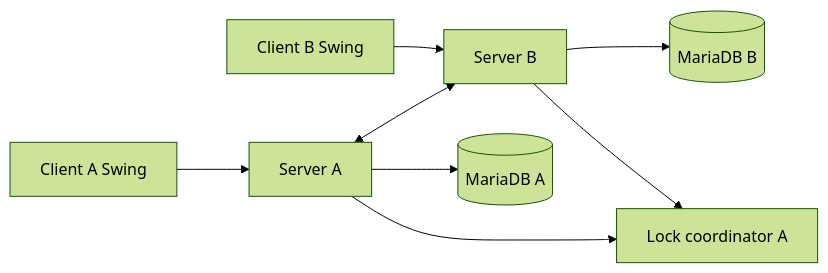
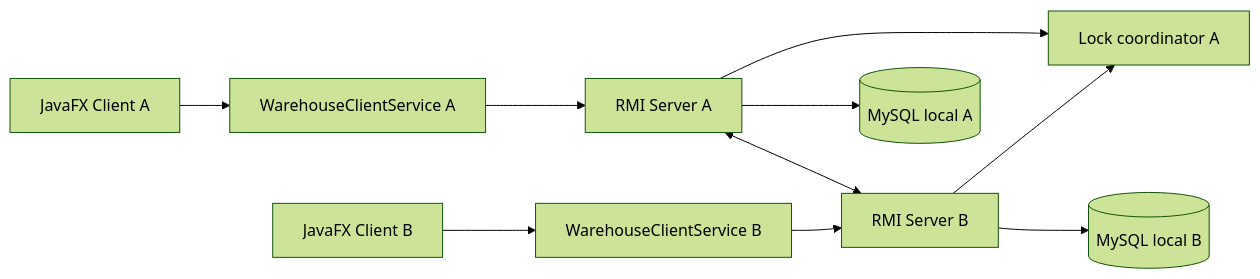
One commit to lequocdinhKt/5-lap-LTM changed the diagram in lap5/ARCHITECTURE.md. Above: the diagram before and after it, drawn with Mermaid (forest theme). The commit also changed other lines of this file and 156 other files, not shown here.

Commit message:
Chuẩn hóa Lab 5 và chuyển sang MySQL local

````diff
--- a/lap5/ARCHITECTURE.md
+++ b/lap5/ARCHITECTURE.md
@@ -5,10 +5,12 @@
 ```mermaid
 flowchart LR
-    C1[Client A Swing] --> A[Server A]
-    C2[Client B Swing] --> B[Server B]
-    A <--> B
-    A --> DA[(MariaDB A)]
-    B --> DB[(MariaDB B)]
-    B --> LA[Lock coordinator A]
-    A --> LA
+    CA[JavaFX Client A] --> CSA[WarehouseClientService A]
+    CB[JavaFX Client B] --> CSB[WarehouseClientService B]
+    CSA --> SA[RMI Server A]
+    CSB --> SB[RMI Server B]
+    SA <--> SB
+    SA --> DA[(MySQL local A)]
+    SB --> DB[(MySQL local B)]
+    SA --> LA[Lock coordinator A]
+    SB --> LA
 ```
````
